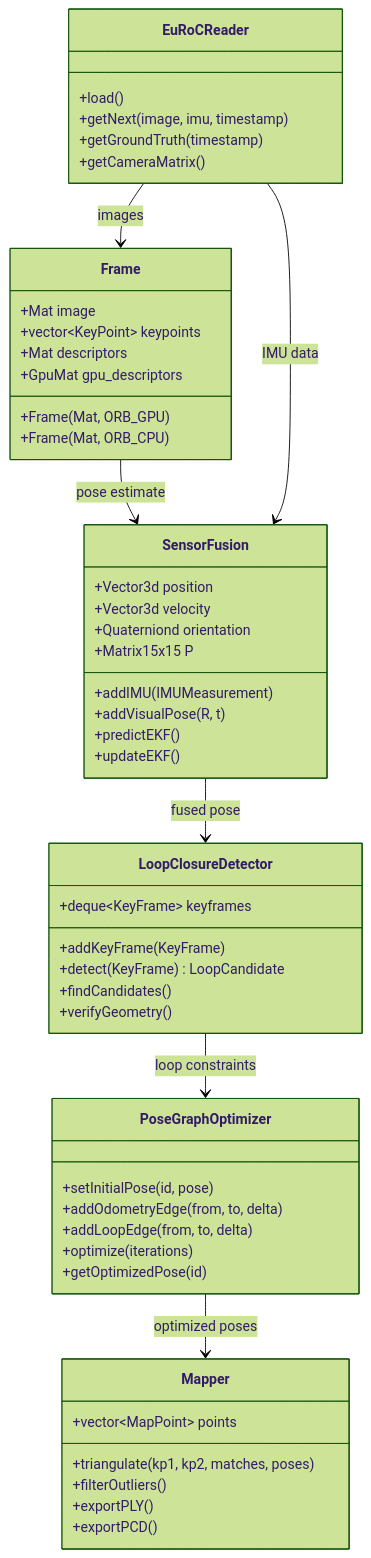
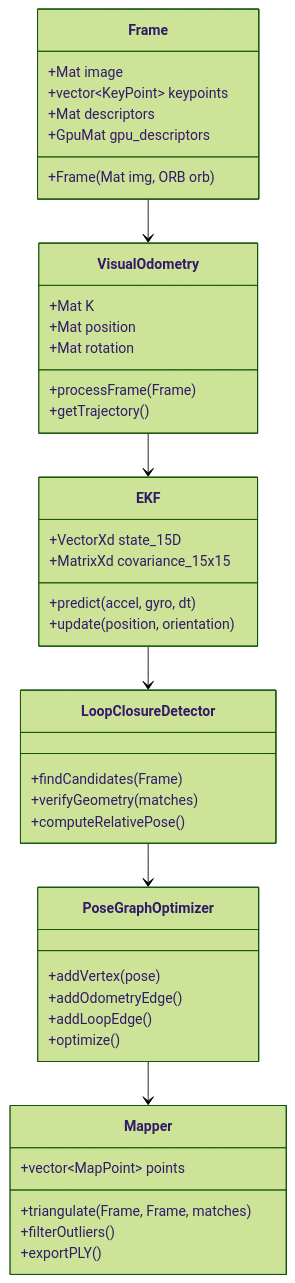
Before and after one commit to robertteleng/aria-slam: the fourth of 10 diagrams in README.md, drawn with Mermaid (forest theme). The commit also changed other lines of this file, not shown here.

Commit message:
docs: add glossary section and fix Mermaid syntax

````diff
--- a/README.md
+++ b/README.md
@@ -273,60 +222,51 @@
 ```mermaid
 classDiagram
     class Frame {
         +Mat image
         +vector~KeyPoint~ keypoints
         +Mat descriptors
         +GpuMat gpu_descriptors
-        +Frame(Mat, ORB_GPU)
-        +Frame(Mat, ORB_CPU)
+        +Frame(Mat img, ORB orb)
     }
 
-    class SensorFusion {
-        +Vector3d position
-        +Vector3d velocity
-        +Quaterniond orientation
-        +Matrix15x15 P
-        +addIMU(IMUMeasurement)
-        +addVisualPose(R, t)
-        +predictEKF()
-        +updateEKF()
+    class VisualOdometry {
+        +Mat K
+        +Mat position
+        +Mat rotation
+        +processFrame(Frame)
+        +getTrajectory()
+    }
+
+    class EKF {
+        +VectorXd state_15D
+        +MatrixXd covariance_15x15
+        +predict(accel, gyro, dt)
+        +update(position, orientation)
     }
 
     class LoopClosureDetector {
-        +deque~KeyFrame~ keyframes
-        +addKeyFrame(KeyFrame)
-        +detect(KeyFrame) LoopCandidate
-        +findCandidates()
-        +verifyGeometry()
+        +findCandidates(Frame)
+        +verifyGeometry(matches)
+        +computeRelativePose()
     }
 
     class PoseGraphOptimizer {
-        +setInitialPose(id, pose)
-        +addOdometryEdge(from, to, delta)
-        +addLoopEdge(from, to, delta)
-        +optimize(iterations)
-        +getOptimizedPose(id)
+        +addVertex(pose)
+        +addOdometryEdge()
+        +addLoopEdge()
+        +optimize()
     }
 
     class Mapper {
         +vector~MapPoint~ points
-        +triangulate(kp1, kp2, matches, poses)
+        +triangulate(Frame, Frame, matches)
         +filterOutliers()
         +exportPLY()
-        +exportPCD()
     }
 
-    class EuRoCReader {
-        +load()
-        +getNext(image, imu, timestamp)
-        +getGroundTruth(timestamp)
-        +getCameraMatrix()
-    }
-
-    Frame --> SensorFusion : pose estimate
-    SensorFusion --> LoopClosureDetector : fused pose
-    LoopClosureDetector --> PoseGraphOptimizer : loop constraints
-    PoseGraphOptimizer --> Mapper : optimized poses
-    EuRoCReader --> Frame : images
-    EuRoCReader --> SensorFusion : IMU data
+    Frame --> VisualOdometry
+    VisualOdometry --> EKF
+    EKF --> LoopClosureDetector
+    LoopClosureDetector --> PoseGraphOptimizer
+    PoseGraphOptimizer --> Mapper
 ```
````
